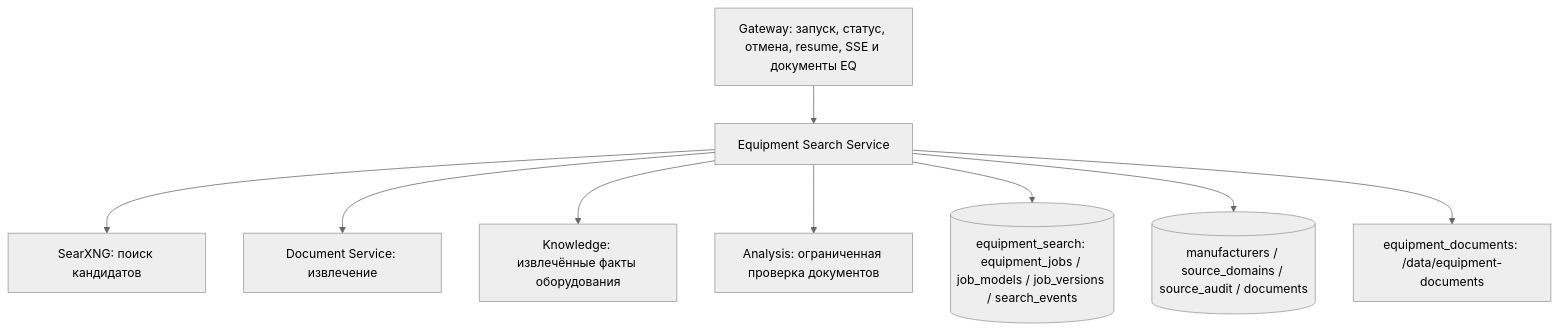
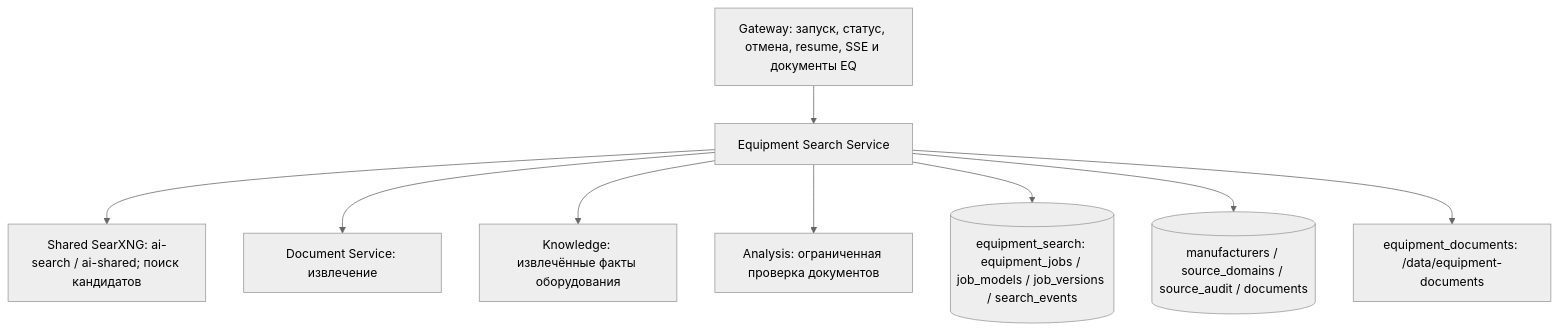
One commit to Amadu-A/PDRD-validation changed diagram 21 of 36 in README.md. Above: the diagram before and after it, drawn with Mermaid (neutral theme). The commit also changed other lines of this file and 41 other files, not shown here.

Commit message:
fix(equipment): use shared search and recover documented property checks

````diff
--- a/README.md
+++ b/README.md
@@ -925,11 +925,11 @@
 ```mermaid
 flowchart TD
     GW["Gateway: запуск, статус, отмена, resume, SSE и документы EQ"] --> EQ["Equipment Search Service"]
-    EQ --> SEARCH["SearXNG: поиск кандидатов"]
+    EQ --> SEARCH["Shared SearXNG: ai-search / ai-shared; поиск кандидатов"]
     EQ --> DOC["Document Service: извлечение"]
     EQ --> KNOW["Knowledge: извлечённые факты оборудования"]
     EQ --> AS["Analysis: ограниченная проверка документов"]
     EQ --> DB[("equipment_search: equipment_jobs / job_models / job_versions / search_events")]
     EQ --> CATALOG[("manufacturers / source_domains / source_audit / documents")]
     EQ --> FILES["equipment_documents: /data/equipment-documents"]
 ```
````
